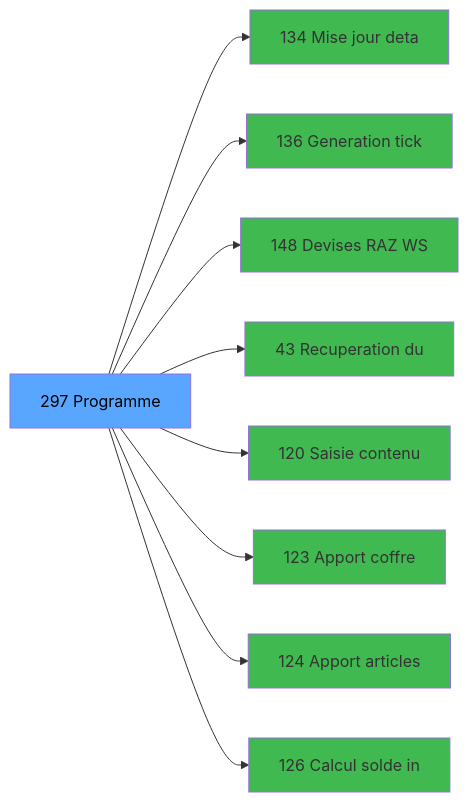
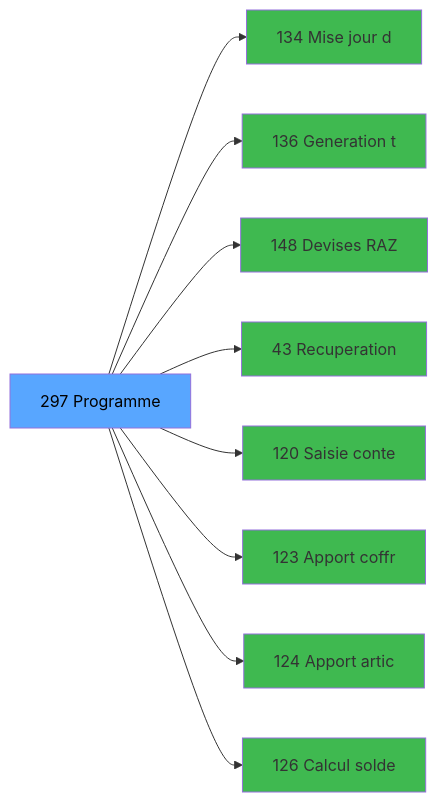
One commit to thonyAGP/magic-migration changed the third of 3 diagrams in .openspec/specs/ADH-IDE-297.md. Above: the diagram before and after it, drawn with Mermaid. The commit also changed other lines of this file and 323 other files, not shown here.

````diff
--- a/.openspec/specs/ADH-IDE-297.md
+++ b/.openspec/specs/ADH-IDE-297.md
@@ -116,29 +129,29 @@
 ```mermaid
 graph LR
     T[297 Programme]
-    C134[134 Mise  jour deta]
+    C134[134 Mise  jour d]
     T --> C134
-    C136[136 Generation tick]
+    C136[136 Generation t]
     T --> C136
-    C148[148 Devises RAZ WS]
+    C148[148 Devises RAZ ]
     T --> C148
-    C43[43 Recuperation du]
+    C43[43 Recuperation]
     T --> C43
-    C120[120 Saisie contenu ]
+    C120[120 Saisie conte]
     T --> C120
-    C123[123 Apport coffre]
+    C123[123 Apport coffr]
     T --> C123
-    C124[124 Apport articles]
+    C124[124 Apport artic]
     T --> C124
-    C126[126 Calcul solde in]
+    C126[126 Calcul solde]
     T --> C126
     style T fill:#58a6ff,color:#000
     style C134 fill:#3fb950
     style C136 fill:#3fb950
     style C148 fill:#3fb950
     style C43 fill:#3fb950
     style C120 fill:#3fb950
     style C123 fill:#3fb950
     style C124 fill:#3fb950
     style C126 fill:#3fb950
 ```
````
